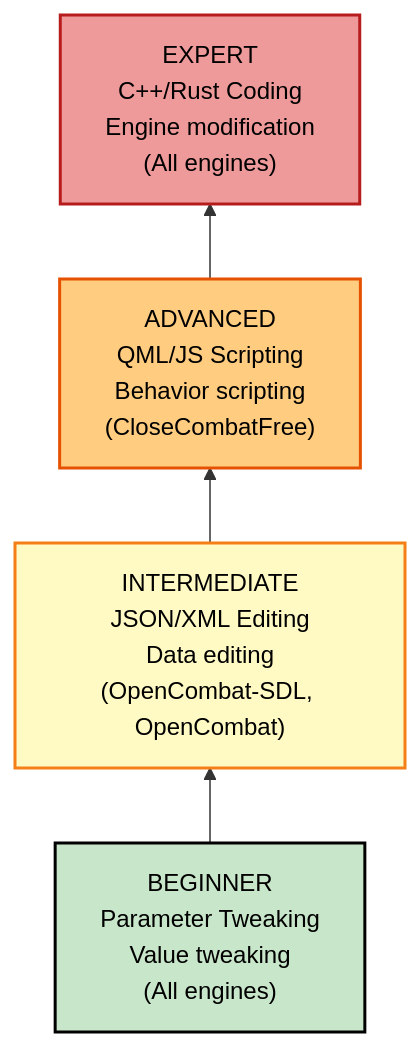
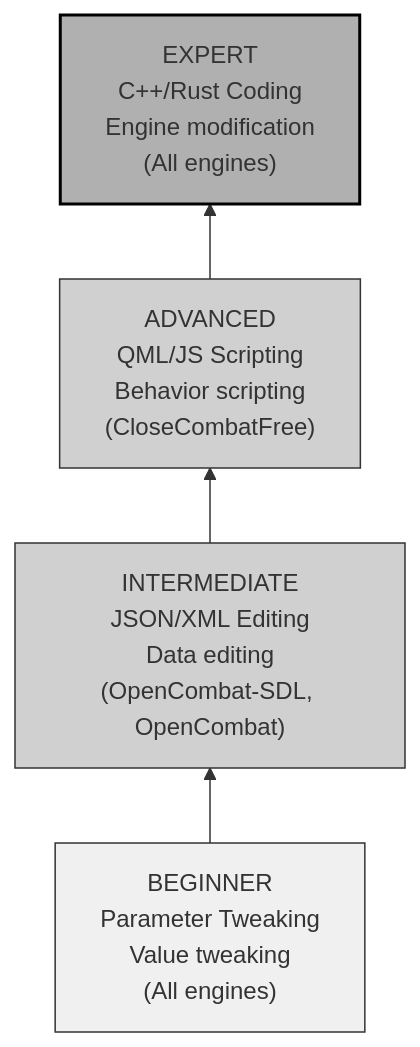
The sixth of 10 diagrams in chapter_07_moddability.md (jukofyork/close-combat-architecture-study), drawn with Mermaid before and after one commit. The commit also changed other lines of this file and 15 other files, not shown here.

````diff
--- a/chapter_07_moddability.md
+++ b/chapter_07_moddability.md
@@ -965,19 +987,19 @@
 ```mermaid
 flowchart BT
-    Beginner["BEGINNER<br>Parameter Tweaking<br>Value tweaking<br>(All engines)"]
-    Intermediate["INTERMEDIATE<br>JSON/XML Editing<br>Data editing<br>(OpenCombat-SDL, OpenCombat)"]
-    Advanced["ADVANCED<br>QML/JS Scripting<br>Behavior scripting<br>(CloseCombatFree)"]
-    Expert["EXPERT<br>C++/Rust Coding<br>Engine modification<br>(All engines)"]
+    Beginner["BEGINNER<br/>Parameter Tweaking<br/>Value tweaking<br/>(All engines)"]
+    Intermediate["INTERMEDIATE<br/>JSON/XML Editing<br/>Data editing<br/>(OpenCombat-SDL, OpenCombat)"]
+    Advanced["ADVANCED<br/>QML/JS Scripting<br/>Behavior scripting<br/>(CloseCombatFree)"]
+    Expert["EXPERT<br/>C++/Rust Coding<br/>Engine modification<br/>(All engines)"]
     
     Beginner --> Intermediate --> Advanced --> Expert
     
-    classDef beginnerStyle fill:#c8e6c9,stroke:#000,stroke-width:2px,color:#000
-    classDef intermediateStyle fill:#fff9c4,stroke:#f57f17,stroke-width:2px,color:#000
-    classDef advancedStyle fill:#ffcc80,stroke:#e65100,stroke-width:2px,color:#000
-    classDef expertStyle fill:#ef9a9a,stroke:#b71c1c,stroke-width:2px,color:#000
+    classDef default fill:#fff,stroke:#000,stroke-width:1px
+    classDef light fill:#f0f0f0,stroke:#333,stroke-width:1px
+    classDef medium fill:#d0d0d0,stroke:#333,stroke-width:1px
+    classDef dark fill:#b0b0b0,stroke:#000,stroke-width:2px
     
-    class Beginner beginnerStyle
-    class Intermediate intermediateStyle
-    class Advanced advancedStyle
-    class Expert expertStyle
+    class Beginner light
+    class Intermediate medium
+    class Advanced medium
+    class Expert dark
 ```
````
